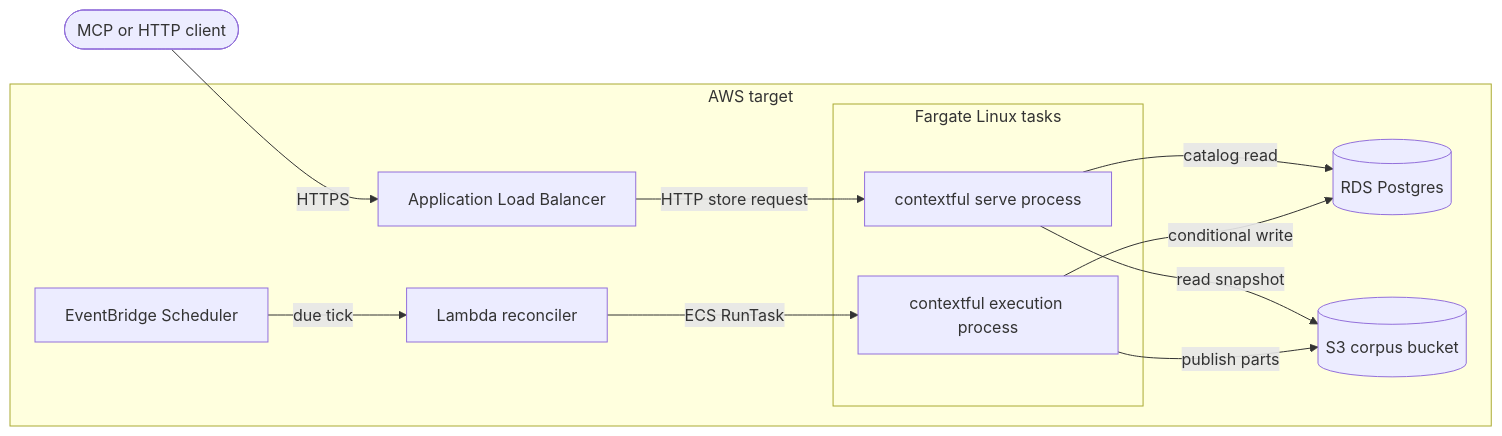
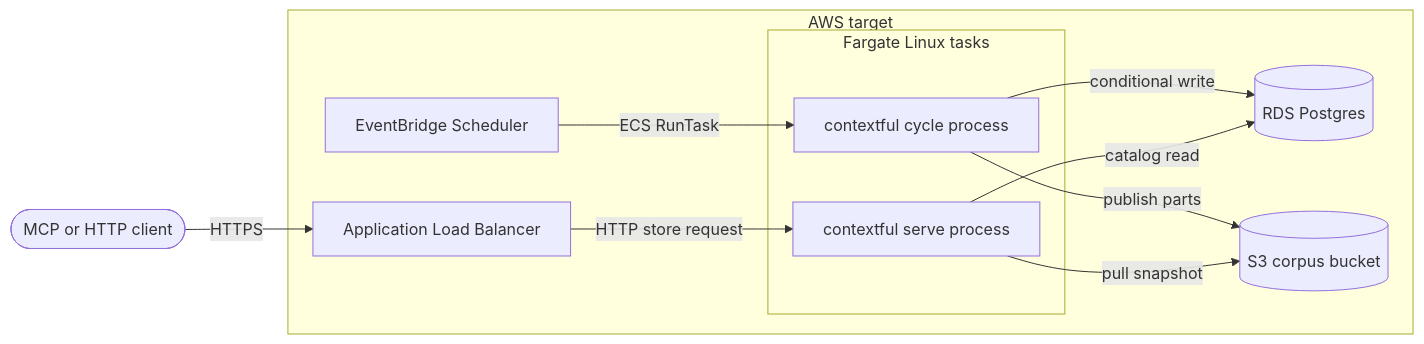
The first of 3 diagrams in spec/targets.md (fractalboxdev/contextful), drawn with Mermaid before and after one commit. The commit also changed other lines of this file and 2 other files, not shown here.

First line of the commit message:
spec(aws): run every AWS shape on Fargate; EventBridge starts serve --cycle

````diff
--- a/spec/targets.md
+++ b/spec/targets.md
@@ -29,23 +29,21 @@
 ```mermaid
 flowchart LR
   CALLER(["MCP or HTTP client"]):::muted
   subgraph ACCOUNT["AWS target"]
     TICK["EventBridge Scheduler"]:::accent
-    REC["Lambda reconciler"]:::accent
     ALB["Application Load Balancer"]:::accent
     subgraph TASK["Fargate Linux tasks"]
+      CYCLE["contextful cycle process"]:::accent
       QUERY["contextful serve process"]:::accent
-      RUN["contextful execution process"]:::accent
     end
     CAT[("RDS Postgres")]:::store
     OBJ[("S3 corpus bucket")]:::store
   end
-  TICK -- "due tick" --> REC
-  REC -- "ECS RunTask" --> RUN
+  TICK -- "ECS RunTask" --> CYCLE
   CALLER -- "HTTPS" --> ALB
   ALB -- "HTTP store request" --> QUERY
-  QUERY -- "read snapshot" --> OBJ
+  CYCLE -- "conditional write" --> CAT
+  CYCLE -- "publish parts" --> OBJ
+  QUERY -- "pull snapshot" --> OBJ
   QUERY -- "catalog read" --> CAT
-  RUN -- "conditional write" --> CAT
-  RUN -- "publish parts" --> OBJ
 ```
````
